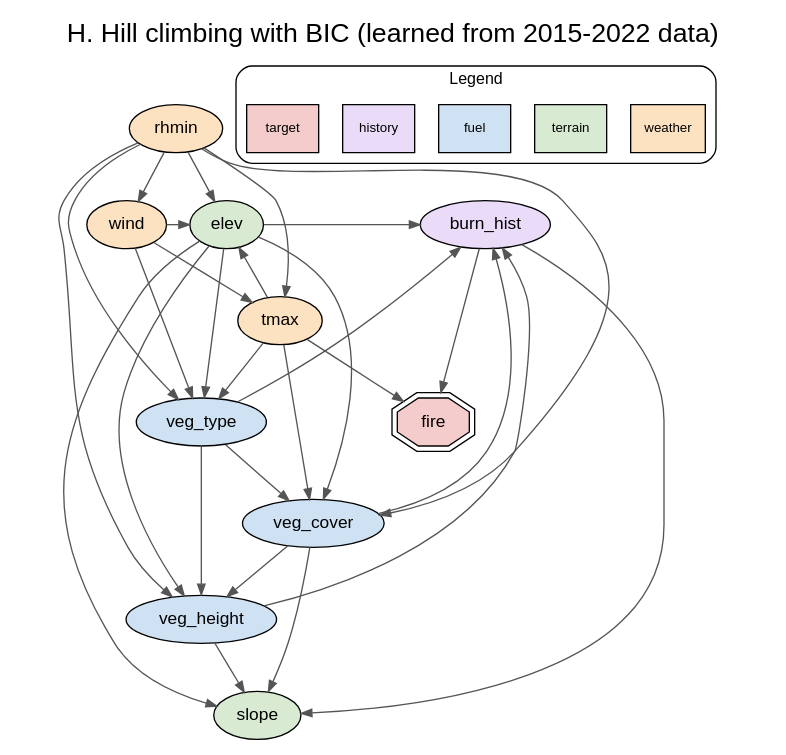
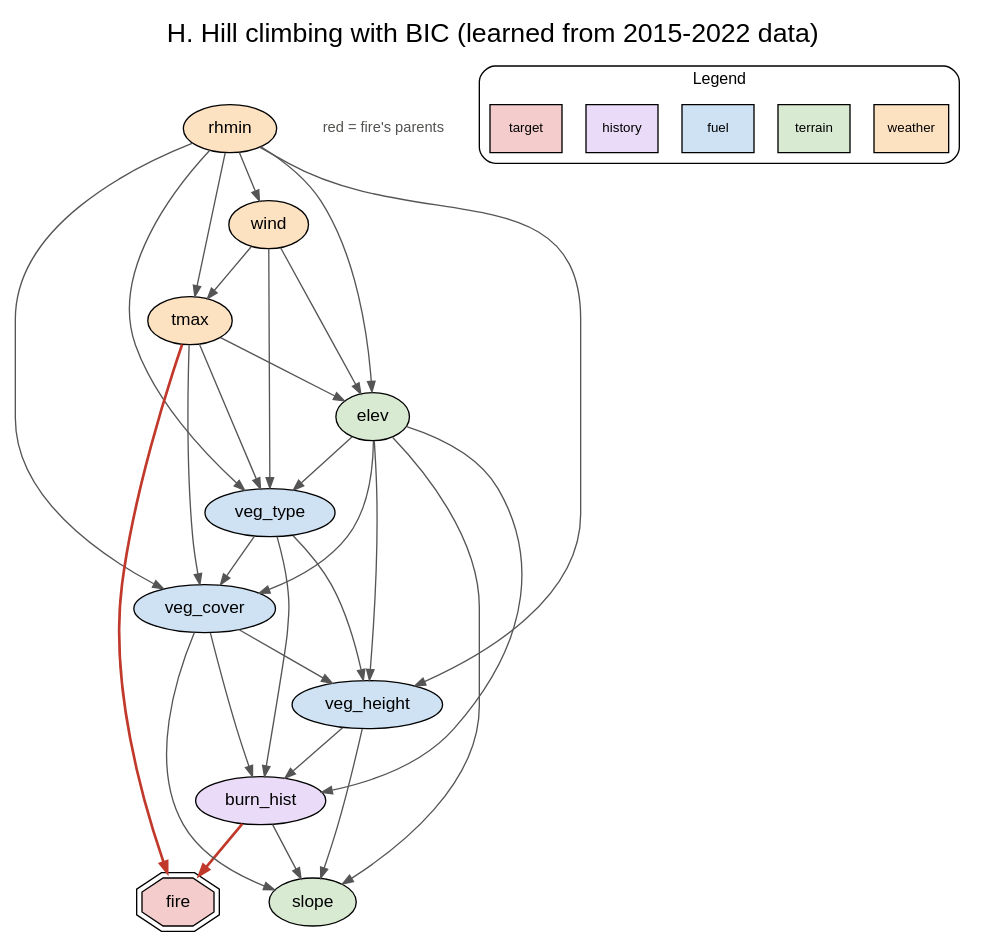
One commit to DzaiddinKhazani/Fire-Fighters-CSE150A changed the diagram in results/figures/dag_hillclimb.dot. Above: the diagram before and after it, drawn with Graphviz. The commit also changed 13 other files, not shown here.

Commit message:
Add generalization and hill-climbing stability analyses; highlight E-H diagrams

```diff
--- a/results/figures/dag_hillclimb.dot
+++ b/results/figures/dag_hillclimb.dot
@@ -1,46 +1,46 @@
 digraph "hillclimb" {
   rankdir=TB; labelloc=t; fontsize=20;
   label="H. Hill climbing with BIC (learned from 2015-2022 data)"; fontname="Helvetica";
   node [shape=ellipse, style=filled, fontname="Helvetica", fontsize=13];
   edge [color="#555555", arrowsize=0.8];
   "burn_hist" [fillcolor="#EADCF8"];
   "elev" [fillcolor="#D9EAD3"];
   "fire" [fillcolor="#F4CCCC", shape=doubleoctagon];
   "rhmin" [fillcolor="#FDE2C2"];
   "slope" [fillcolor="#D9EAD3"];
   "tmax" [fillcolor="#FDE2C2"];
   "veg_cover" [fillcolor="#CFE2F3"];
   "veg_height" [fillcolor="#CFE2F3"];
   "veg_type" [fillcolor="#CFE2F3"];
   "wind" [fillcolor="#FDE2C2"];
-  { rank=same; "elev"; "wind"; "burn_hist"; }
-  "burn_hist" -> "fire";
+  "burn_hist" -> "fire" [color="#C0392B", penwidth=2];
   "burn_hist" -> "slope";
   "elev" -> "burn_hist";
   "elev" -> "slope";
   "elev" -> "veg_cover";
   "elev" -> "veg_height";
   "elev" -> "veg_type";
   "rhmin" -> "elev";
   "rhmin" -> "tmax";
   "rhmin" -> "veg_cover";
   "rhmin" -> "veg_height";
   "rhmin" -> "veg_type";
   "rhmin" -> "wind";
   "tmax" -> "elev";
-  "tmax" -> "fire";
+  "tmax" -> "fire" [color="#C0392B", penwidth=2];
   "tmax" -> "veg_cover";
   "tmax" -> "veg_type";
   "veg_cover" -> "burn_hist";
   "veg_cover" -> "slope";
   "veg_cover" -> "veg_height";
   "veg_height" -> "burn_hist";
   "veg_height" -> "slope";
   "veg_type" -> "burn_hist";
   "veg_type" -> "veg_cover";
   "veg_type" -> "veg_height";
   "wind" -> "elev";
   "wind" -> "tmax";
   "wind" -> "veg_type";
+  _note [shape=plaintext, style="", label="red = fire's parents", fontsize=11, fontcolor="#52514e"];
   subgraph cluster_legend { label="Legend"; fontsize=12; style=rounded; "_weather" [label="weather", fillcolor="#FDE2C2", shape=box, fontsize=10]; "_terrain" [label="terrain", fillcolor="#D9EAD3", shape=box, fontsize=10]; "_fuel" [label="fuel", fillcolor="#CFE2F3", shape=box, fontsize=10]; "_history" [label="history", fillcolor="#EADCF8", shape=box, fontsize=10]; "_target" [label="target", fillcolor="#F4CCCC", shape=box, fontsize=10]; }
 }
```
